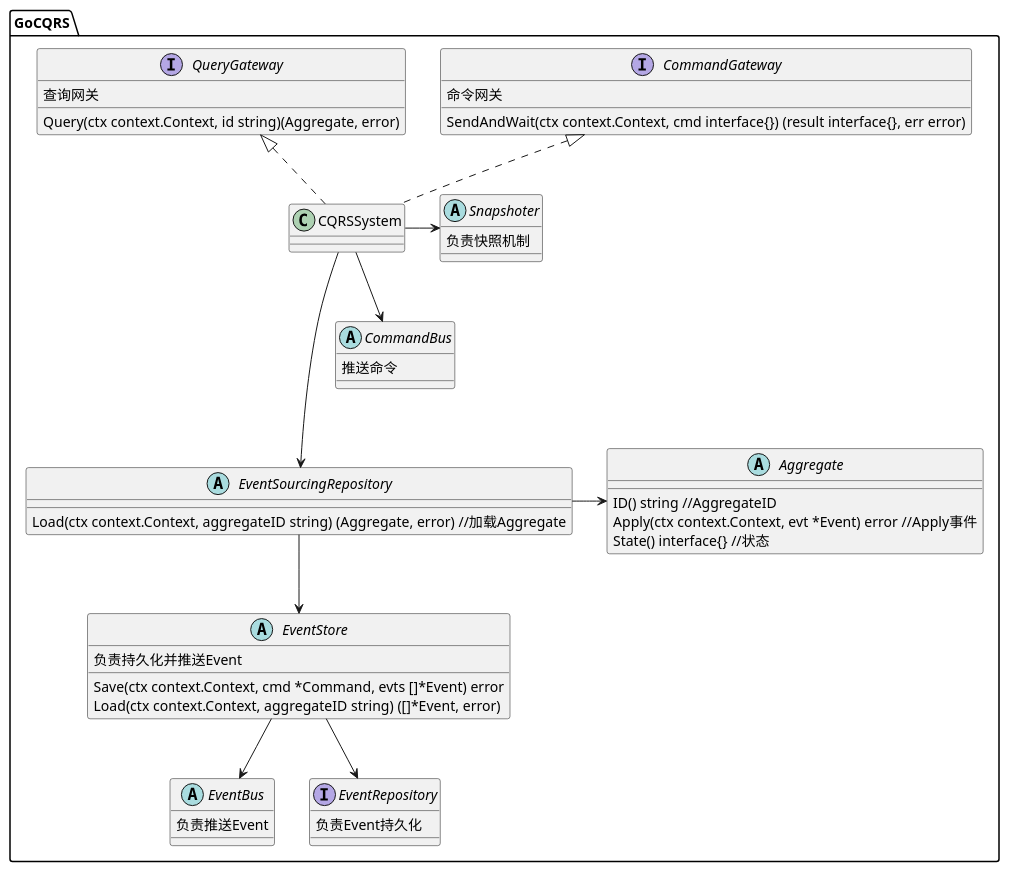
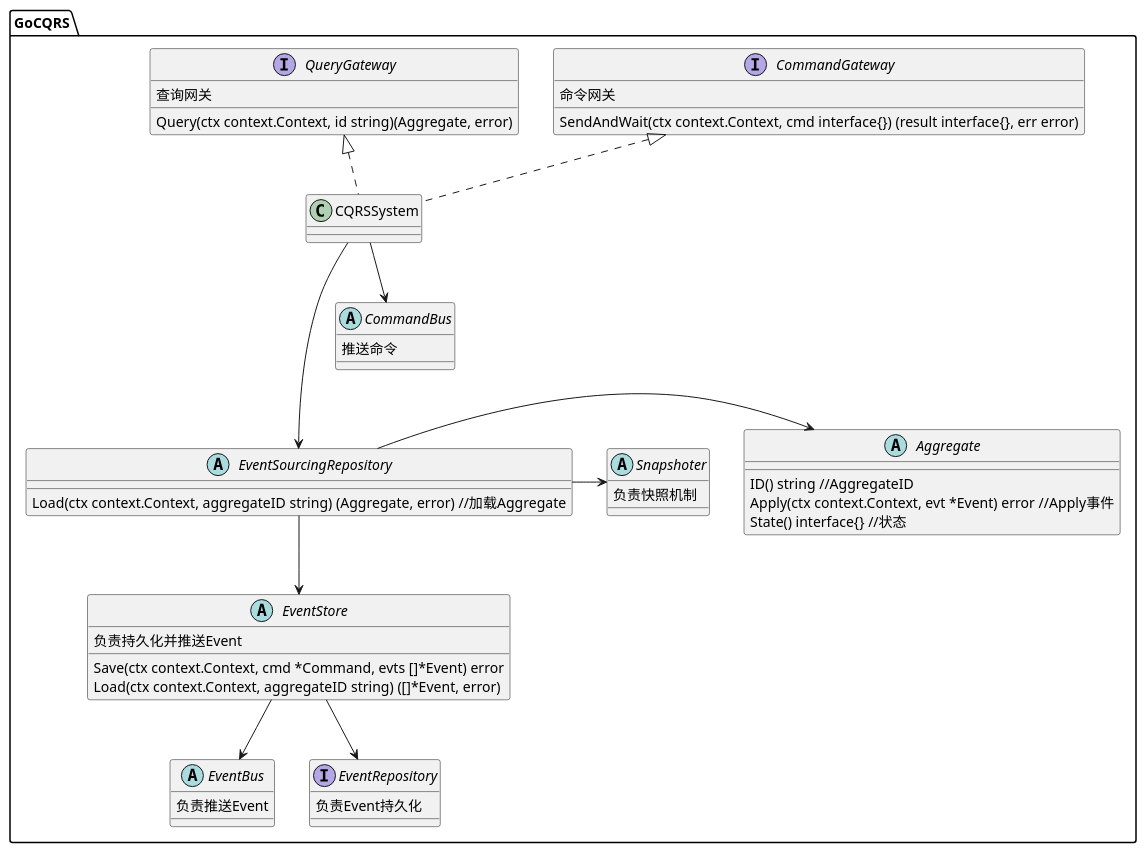
Before and after one commit to a3d21/hexo-blog: the diagram in source/_posts/2021-11-10-implement-go-cqrs-01.md, drawn with PlantUML. The commit also changed 1 other file, not shown here.

````diff
--- a/source/_posts/2021-11-10-implement-go-cqrs-01.md
+++ b/source/_posts/2021-11-10-implement-go-cqrs-01.md
@@ -9,57 +9,57 @@
 ```plantuml
 @startuml
 
 package GoCQRS {
     interface CommandGateway {
         命令网关
         SendAndWait(ctx context.Context, cmd interface{}) (result interface{}, err error)
     }
     interface QueryGateway {
         查询网关
         Query(ctx context.Context, id string)(Aggregate, error)
     }
 
     class CQRSSystem
     abstract CommandBus {
         推送命令
     }
 
     abstract EventBus {
         负责推送Event
     }
     abstract EventSourcingRepository {
         Load(ctx context.Context, aggregateID string) (Aggregate, error) //加载Aggregate
     }
     
     abstract EventStore {
         负责持久化并推送Event
         Save(ctx context.Context, cmd *Command, evts []*Event) error
         Load(ctx context.Context, aggregateID string) ([]*Event, error)
     }
     interface EventRepository {
         负责Event持久化
     }
     abstract Aggregate {
         ID() string //AggregateID
         Apply(ctx context.Context, evt *Event) error //Apply事件
         State() interface{} //状态
     }
 
     abstract Snapshoter {
         负责快照机制
     }
     CommandGateway <|.. CQRSSystem
     QueryGateway <|.. CQRSSystem
     EventSourcingRepository --> EventStore
     EventSourcingRepository -> Aggregate
+    EventSourcingRepository -> Snapshoter
     EventStore --> EventRepository
     EventStore --> EventBus
-    CQRSSystem -> Snapshoter
     CQRSSystem ---> EventSourcingRepository
     CQRSSystem --> CommandBus
 }
 
 
 @enduml
 
 ```
````
